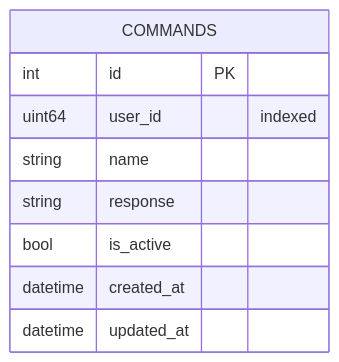
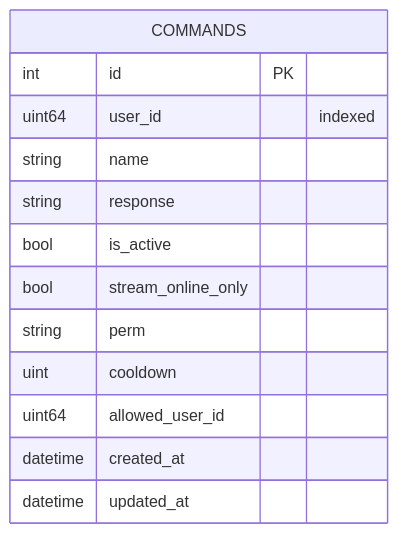
Before and after one commit to AdamOusmer/ItsBagelBot: the third of 5 diagrams in docs/src/content/docs/data-and-state/database.md, drawn with Mermaid. The commit also changed other lines of this file and 26 other files, not shown here.

````diff
--- a/docs/src/content/docs/data-and-state/database.md
+++ b/docs/src/content/docs/data-and-state/database.md
@@ -107,12 +111,16 @@
 ```mermaid
 erDiagram
     COMMANDS {
         int id PK
         uint64 user_id "indexed"
         string name
         string response
         bool is_active
+        bool stream_online_only
+        string perm
+        uint cooldown
+        uint64 allowed_user_id
         datetime created_at
         datetime updated_at
     }
 ```
````
